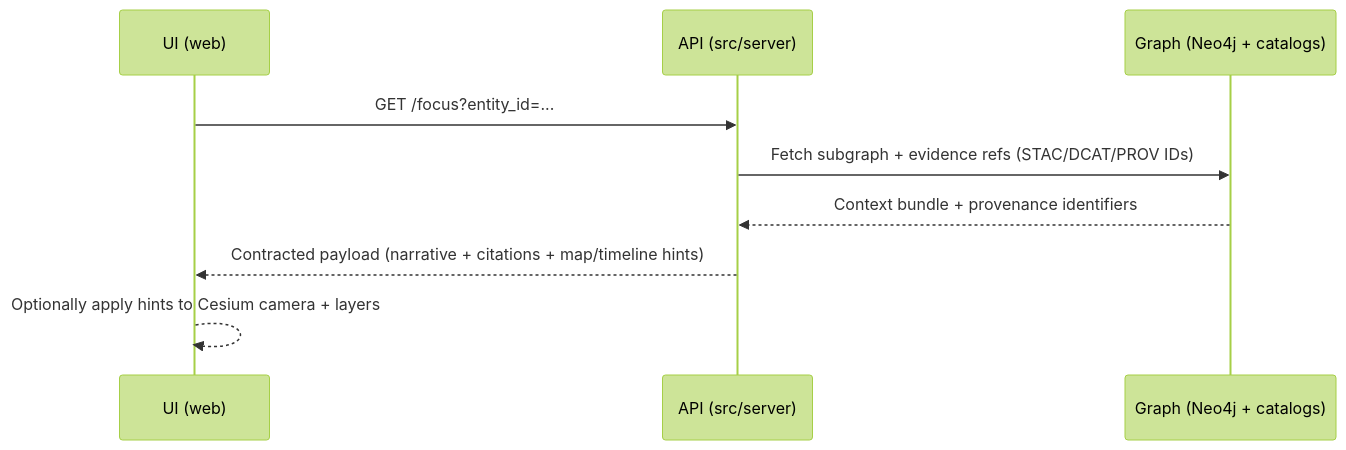
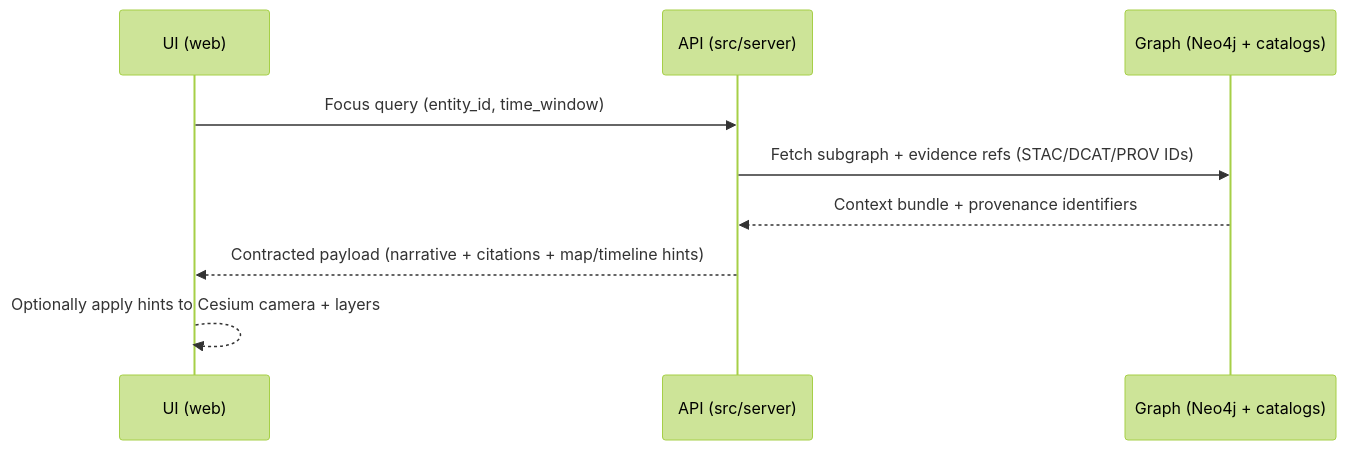
Before and after one commit to bartytime4life/Kansas-Frontier-Matrix: the second of 2 diagrams in web/cesium/README.md, drawn with Mermaid (forest theme). The commit also changed other lines of this file, not shown here.

```diff
--- a/web/cesium/README.md
+++ b/web/cesium/README.md
@@ -210,12 +228,12 @@
 ~~~mermaid
 sequenceDiagram
   participant UI as UI (web)
   participant API as API (src/server)
   participant Graph as Graph (Neo4j + catalogs)
 
-  UI->>API: GET /focus?entity_id=...
+  UI->>API: Focus query (entity_id, time_window)
   API->>Graph: Fetch subgraph + evidence refs (STAC/DCAT/PROV IDs)
   Graph-->>API: Context bundle + provenance identifiers
   API-->>UI: Contracted payload (narrative + citations + map/timeline hints)
   UI-->>UI: Optionally apply hints to Cesium camera + layers
 ~~~
```
